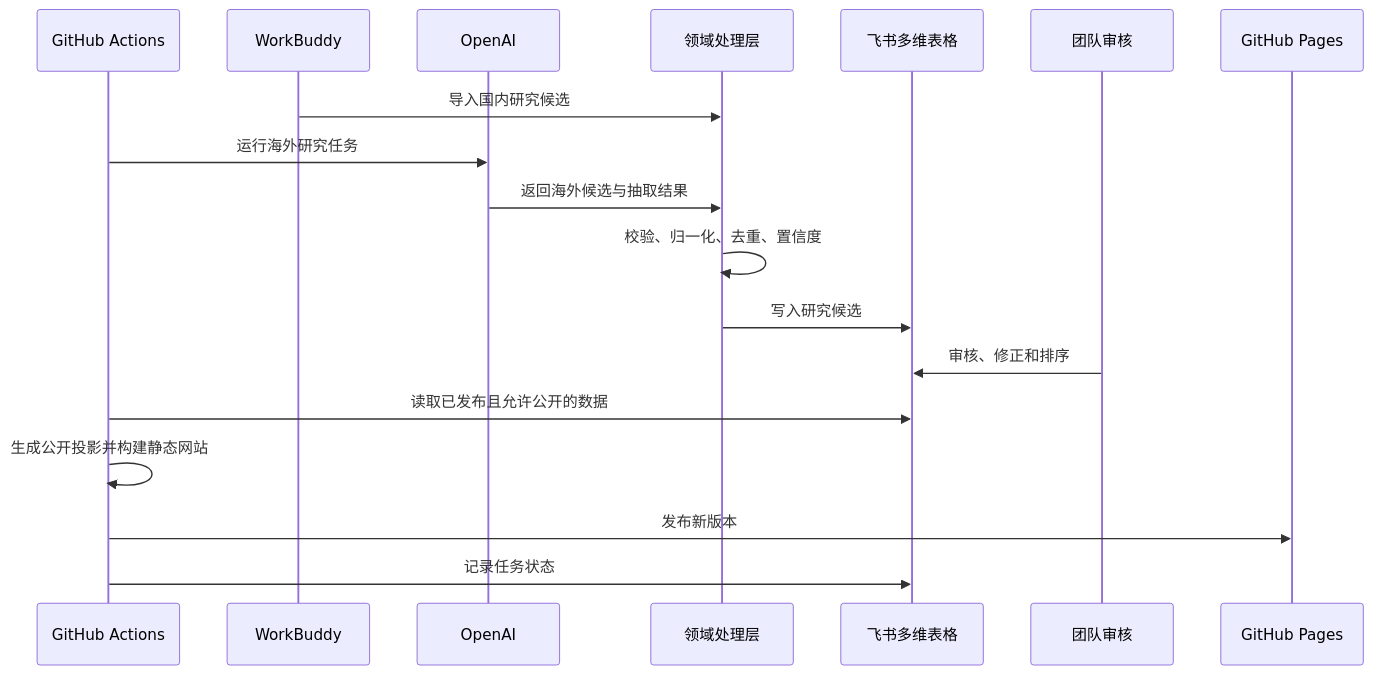
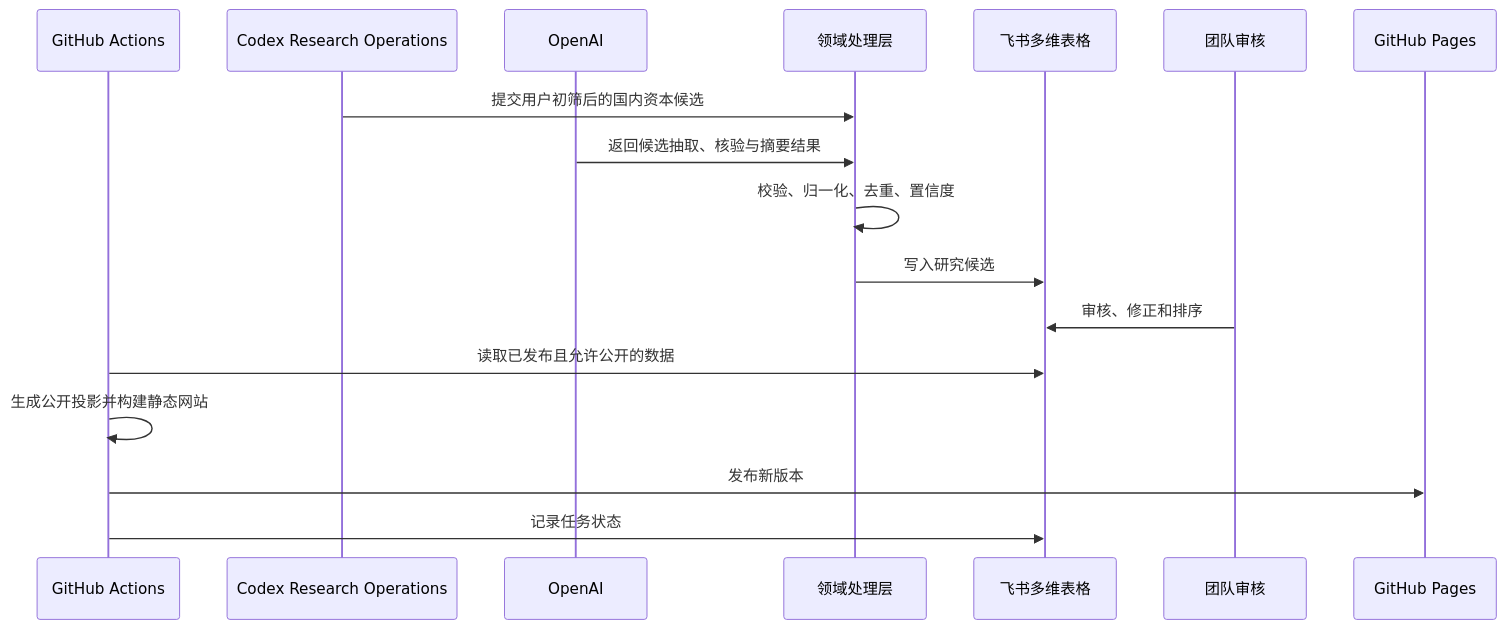
Before and after one commit to AuroraLiu67/embodied-news: the second of 29 diagrams in architecture.md, drawn with Mermaid. The commit also changed other lines of this file and 32 other files, not shown here.

Commit message:
docs: update research operations baseline

````diff
--- a/architecture.md
+++ b/architecture.md
@@ -249,21 +246,20 @@
 ```mermaid
 sequenceDiagram
     participant A as GitHub Actions
-    participant W as WorkBuddy
+    participant R as Codex Research Operations
     participant O as OpenAI
     participant C as 领域处理层
     participant F as 飞书多维表格
     participant T as 团队审核
     participant P as GitHub Pages
 
-    W->>C: 导入国内研究候选
-    A->>O: 运行海外研究任务
-    O->>C: 返回海外候选与抽取结果
+    R->>C: 提交用户初筛后的国内资本候选
+    O->>C: 返回候选抽取、核验与摘要结果
     C->>C: 校验、归一化、去重、置信度
     C->>F: 写入研究候选
     T->>F: 审核、修正和排序
     A->>F: 读取已发布且允许公开的数据
     A->>A: 生成公开投影并构建静态网站
     A->>P: 发布新版本
     A->>F: 记录任务状态
 ```
````
